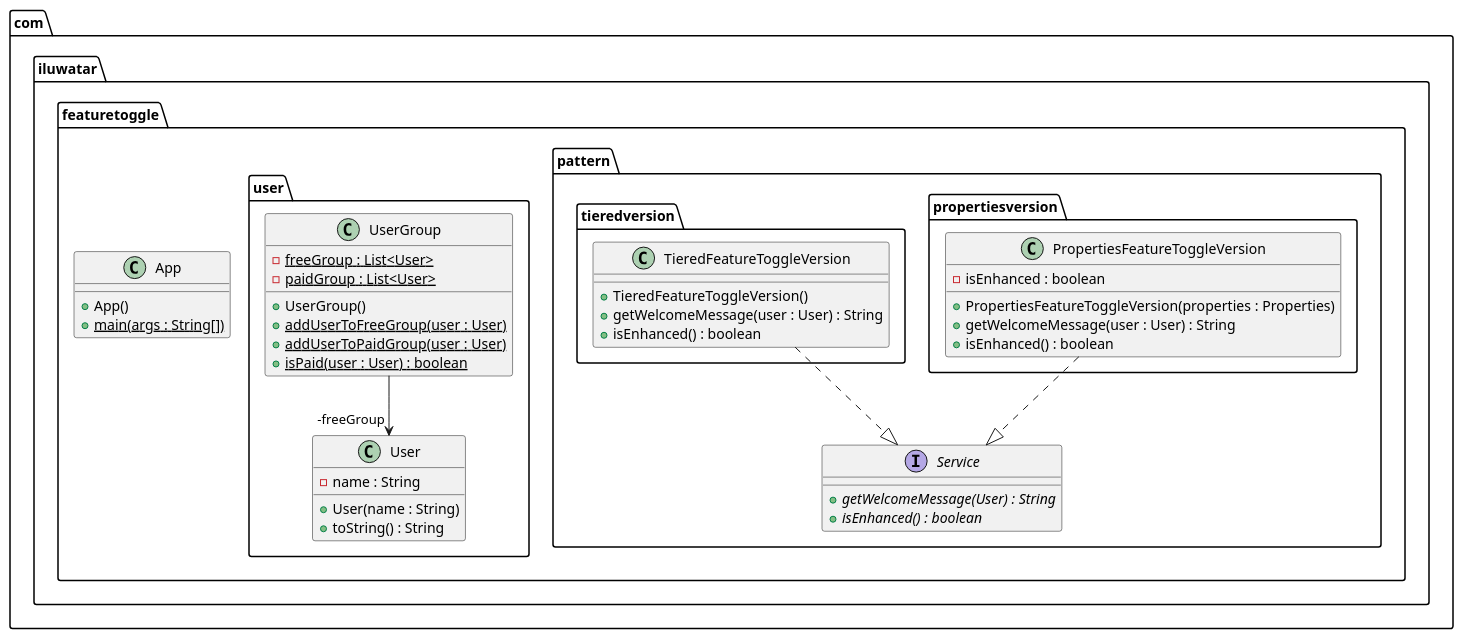
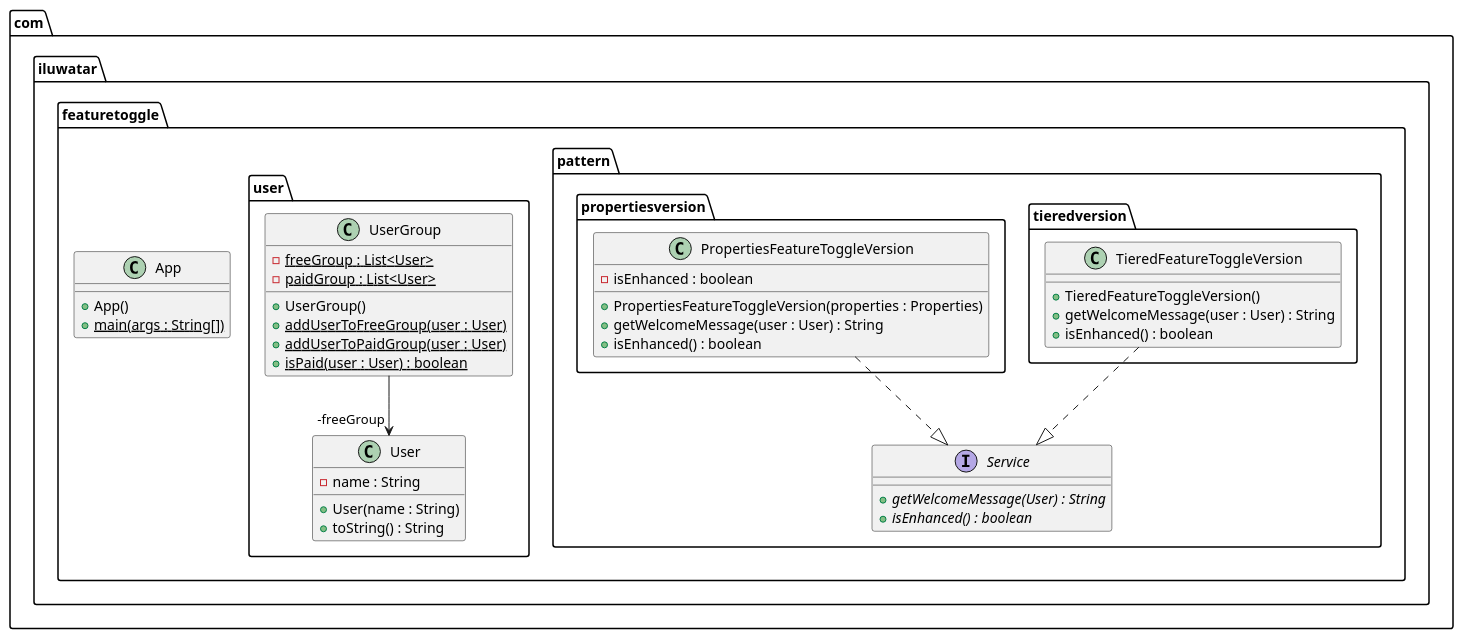
One commit to NatalieSty/java-design-patterns changed the diagram in feature-toggle/etc/feature-toggle.urm.puml. Above: the diagram before and after it, drawn with PlantUML. The commit also changed other lines of this file and 77 other files, not shown here.

Commit message:
UML generation: Mark the urm-maven-plugin execution to be ignored in Eclipse and recreate all .puml files

```diff
--- a/feature-toggle/etc/feature-toggle.urm.puml
+++ b/feature-toggle/etc/feature-toggle.urm.puml
@@ -1,47 +1,47 @@
 @startuml
 package com.iluwatar.featuretoggle.pattern {
   interface Service {
     + getWelcomeMessage(User) : String {abstract}
     + isEnhanced() : boolean {abstract}
   }
 }
 package com.iluwatar.featuretoggle.user {
   class User {
     - name : String
     + User(name : String)
     + toString() : String
   }
   class UserGroup {
     - freeGroup : List<User> {static}
     - paidGroup : List<User> {static}
     + UserGroup()
     + addUserToFreeGroup(user : User) {static}
     + addUserToPaidGroup(user : User) {static}
     + isPaid(user : User) : boolean {static}
   }
 }
+package com.iluwatar.featuretoggle.pattern.tieredversion {
+  class TieredFeatureToggleVersion {
+    + TieredFeatureToggleVersion()
+    + getWelcomeMessage(user : User) : String
+    + isEnhanced() : boolean
+  }
+}
 package com.iluwatar.featuretoggle.pattern.propertiesversion {
   class PropertiesFeatureToggleVersion {
     - isEnhanced : boolean
     + PropertiesFeatureToggleVersion(properties : Properties)
-    + getWelcomeMessage(user : User) : String
-    + isEnhanced() : boolean
-  }
-}
-package com.iluwatar.featuretoggle.pattern.tieredversion {
-  class TieredFeatureToggleVersion {
-    + TieredFeatureToggleVersion()
     + getWelcomeMessage(user : User) : String
     + isEnhanced() : boolean
   }
 }
 package com.iluwatar.featuretoggle {
   class App {
     + App()
     + main(args : String[]) {static}
   }
 }
 UserGroup -->  "-freeGroup" User
+PropertiesFeatureToggleVersion ..|> Service 
 TieredFeatureToggleVersion ..|> Service 
-PropertiesFeatureToggleVersion ..|> Service 
 @enduml
```
